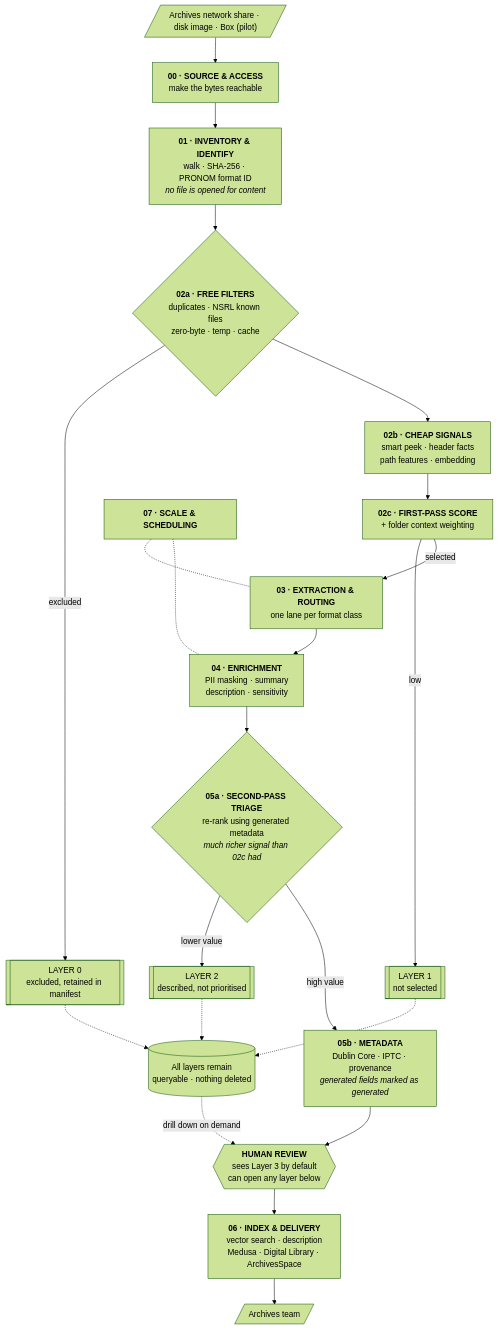
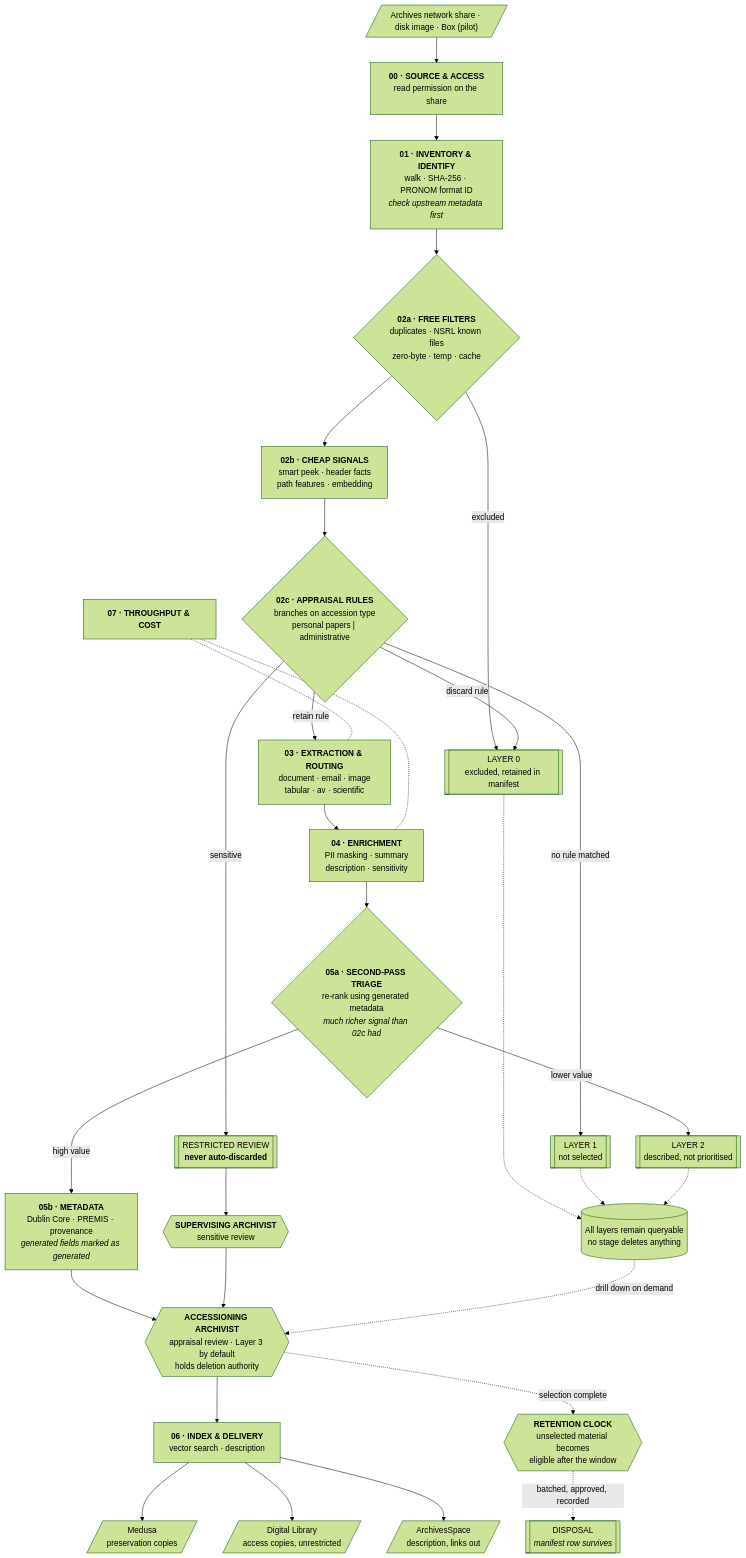
The diagram in docs/design/pipeline-design.md (terbe2022/RIMS-Archival-Project-), drawn with Mermaid (forest theme) before and after one commit. The commit also changed other lines of this file and 1 other file, not shown here.

Commit message:
Update both pipeline diagrams against the Archives' answers
- add restricted_review path and the supervising archivist role
- 02 now branches on accession type
- retention clock and disposal, replacing 'never deleted'
- delivery forks to Medusa, Digital Library, ArchivesSpace
- stage 07 retitled throughput and cost

````diff
--- a/docs/design/pipeline-design.md
+++ b/docs/design/pipeline-design.md
@@ -174,35 +175,47 @@
 ```mermaid
 flowchart TD
     SRC[/"Archives network share · disk image · Box (pilot)"/] --> S00
 
-    S00["<b>00 · SOURCE &amp; ACCESS</b><br/>make the bytes reachable"]
-    S00 --> S01["<b>01 · INVENTORY &amp; IDENTIFY</b><br/>walk · SHA-256 · PRONOM format ID<br/><i>no file is opened for content</i>"]
+    S00["<b>00 · SOURCE &amp; ACCESS</b><br/>read permission on the share"]
+    S00 --> S01["<b>01 · INVENTORY &amp; IDENTIFY</b><br/>walk · SHA-256 · PRONOM format ID<br/><i>check upstream metadata first</i>"]
 
     S01 --> T0{"<b>02a · FREE FILTERS</b><br/>duplicates · NSRL known files<br/>zero-byte · temp · cache"}
     T0 -->|excluded| L0[["LAYER 0<br/>excluded, retained in manifest"]]
     T0 --> T1["<b>02b · CHEAP SIGNALS</b><br/>smart peek · header facts<br/>path features · embedding"]
 
-    T1 --> T2["<b>02c · FIRST-PASS SCORE</b><br/>+ folder context weighting"]
-    T2 -->|low| L1[["LAYER 1<br/>not selected"]]
-    T2 -->|selected| S03
+    T1 --> T2{"<b>02c · APPRAISAL RULES</b><br/>branches on accession type<br/>personal papers | administrative"}
 
-    S03["<b>03 · EXTRACTION &amp; ROUTING</b><br/>one lane per format class"]
+    T2 -->|sensitive| SENS[["RESTRICTED REVIEW<br/><b>never auto-discarded</b>"]]
+    T2 -->|discard rule| L0
+    T2 -->|no rule matched| L1[["LAYER 1<br/>not selected"]]
+    T2 -->|retain rule| S03
+
+    S03["<b>03 · EXTRACTION &amp; ROUTING</b><br/>document · email · image<br/>tabular · av · scientific"]
     S03 --> S04["<b>04 · ENRICHMENT</b><br/>PII masking · summary<br/>description · sensitivity"]
 
     S04 --> T3{"<b>05a · SECOND-PASS TRIAGE</b><br/>re-rank using generated metadata<br/><i>much richer signal than 02c had</i>"}
     T3 -->|lower value| L2[["LAYER 2<br/>described, not prioritised"]]
     T3 -->|high value| S05
 
-    S05["<b>05b · METADATA</b><br/>Dublin Core · IPTC · provenance<br/><i>generated fields marked as generated</i>"]
-    S05 --> REV{{"<b>HUMAN REVIEW</b><br/>sees Layer 3 by default<br/>can open any layer below"}}
-    REV --> S06["<b>06 · INDEX &amp; DELIVERY</b><br/>vector search · description<br/>Medusa · Digital Library · ArchivesSpace"]
-    S06 --> OUT[/"Archives team"/]
+    S05["<b>05b · METADATA</b><br/>Dublin Core · PREMIS · provenance<br/><i>generated fields marked as generated</i>"]
 
-    L0 -.-> DRILL[("All layers remain<br/>queryable · nothing deleted")]
+    S05 --> REV{{"<b>ACCESSIONING ARCHIVIST</b><br/>appraisal review · Layer 3 by default<br/>holds deletion authority"}}
+    SENS --> SUP{{"<b>SUPERVISING ARCHIVIST</b><br/>sensitive review"}}
+    SUP --> REV
+
+    REV --> S06["<b>06 · INDEX &amp; DELIVERY</b><br/>vector search · description"]
+    S06 --> MED[/"Medusa<br/>preservation copies"/]
+    S06 --> DL[/"Digital Library<br/>access copies, unrestricted"/]
+    S06 --> ASP[/"ArchivesSpace<br/>description, links out"/]
+
+    L0 -.-> DRILL[("All layers remain queryable<br/>no stage deletes anything")]
     L1 -.-> DRILL
     L2 -.-> DRILL
     DRILL -.->|drill down on demand| REV
 
-    S07["<b>07 · SCALE &amp; SCHEDULING</b>"] -.- S03
+    REV -.->|selection complete| CLOCK{{"<b>RETENTION CLOCK</b><br/>unselected material becomes<br/>eligible after the window"}}
+    CLOCK -.->|batched, approved, recorded| DISP[["DISPOSAL<br/><i>manifest row survives</i>"]]
+
+    S07["<b>07 · THROUGHPUT &amp; COST</b>"] -.- S03
     S07 -.- S04
 ```
````
